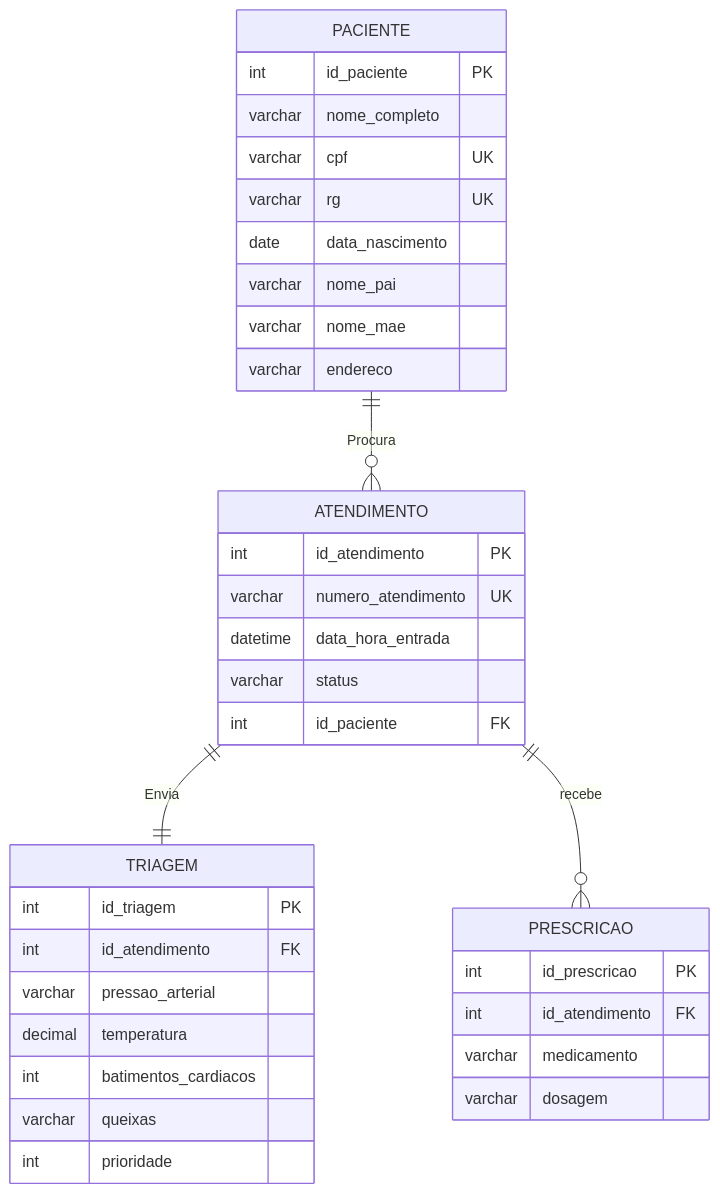
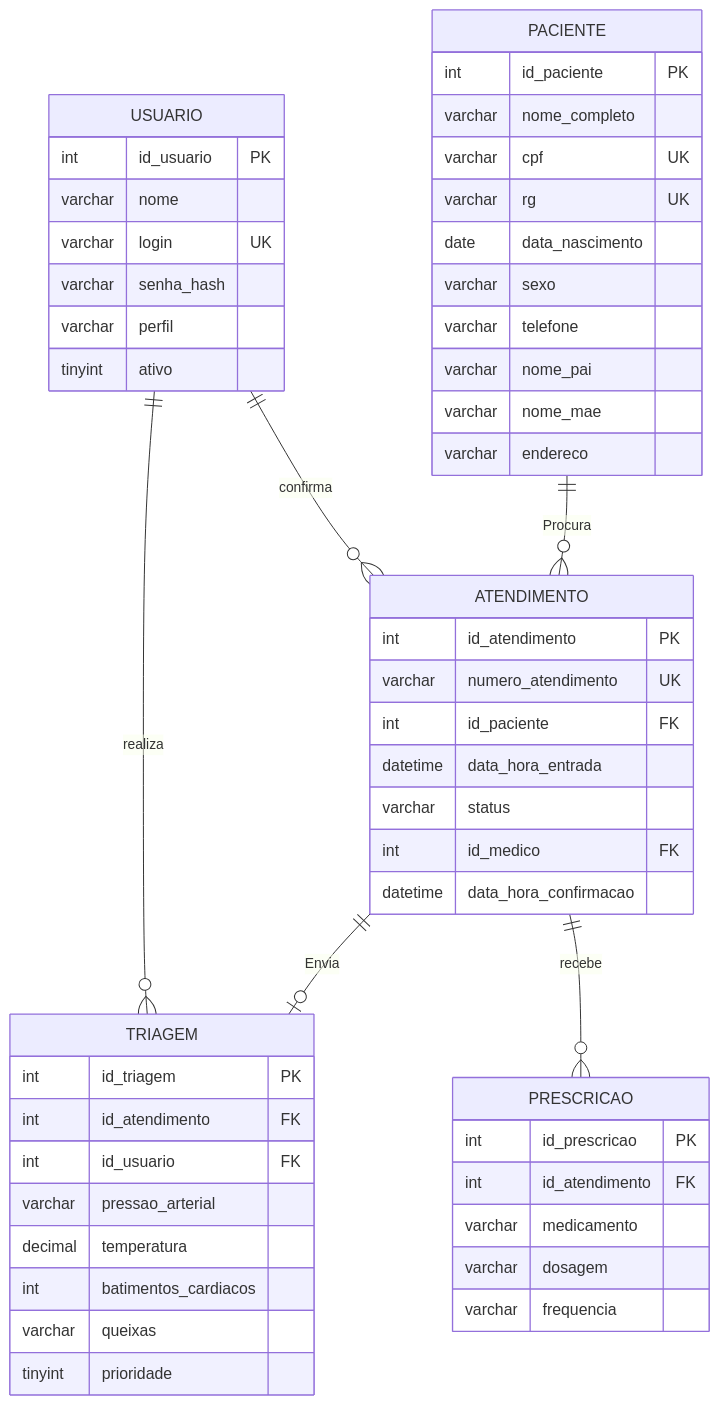
Before and after one commit to OtavioFelix-in/Projeto-Integrador2: the diagram in README.md, drawn with Mermaid. The commit also changed other lines of this file, not shown here.

Commit message:
Atualiza README com o novo modelo de dados (MySQL, 5 tabelas, login)

````diff
--- a/README.md
+++ b/README.md
@@ -21,42 +23,59 @@
 ```mermaid
 erDiagram
     PACIENTE ||--o{ ATENDIMENTO : Procura
-    ATENDIMENTO ||--|| TRIAGEM : Envia
+    ATENDIMENTO ||--o| TRIAGEM : Envia
     ATENDIMENTO ||--o{ PRESCRICAO : recebe
+    USUARIO ||--o{ TRIAGEM : realiza
+    USUARIO ||--o{ ATENDIMENTO : confirma
+
+    USUARIO {
+        int id_usuario PK
+        varchar nome
+        varchar login UK
+        varchar senha_hash
+        varchar perfil
+        tinyint ativo
+    }
 
     PACIENTE {
         int id_paciente PK
         varchar nome_completo
         varchar cpf UK
         varchar rg UK
         date data_nascimento
+        varchar sexo
+        varchar telefone
         varchar nome_pai
         varchar nome_mae
         varchar endereco
     }
 
     ATENDIMENTO {
         int id_atendimento PK
         varchar numero_atendimento UK
+        int id_paciente FK
         datetime data_hora_entrada
         varchar status
-        int id_paciente FK
+        int id_medico FK
+        datetime data_hora_confirmacao
     }
 
     TRIAGEM {
         int id_triagem PK
         int id_atendimento FK
+        int id_usuario FK
         varchar pressao_arterial
         decimal temperatura
         int batimentos_cardiacos
         varchar queixas
-        int prioridade
+        tinyint prioridade
     }
 
     PRESCRICAO {
         int id_prescricao PK
         int id_atendimento FK
         varchar medicamento
         varchar dosagem
+        varchar frequencia
     }
 ```
````
